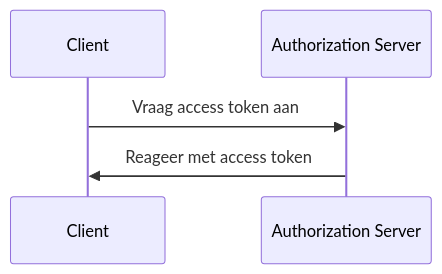
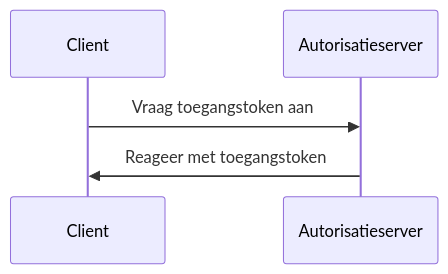
One commit to logto-io/auth-wiki changed the first of 2 diagrams in src/content/terms/nl/client-credentials-flow.mdx. Above: the diagram before and after it, drawn with Mermaid. The commit also changed other lines of this file and 34 other files, not shown here.

````diff
--- a/src/content/terms/nl/client-credentials-flow.mdx
+++ b/src/content/terms/nl/client-credentials-flow.mdx
@@ -23,8 +23,8 @@
 ```mermaid
 sequenceDiagram
     participant Client
-    participant Authorization Server
+    participant Autorisatieserver
 
-    Client->>Authorization Server: Vraag access token aan
-    Authorization Server->>Client: Reageer met access token
+    Client->>Autorisatieserver: Vraag toegangstoken aan
+    Autorisatieserver->>Client: Reageer met toegangstoken
 ```
````
